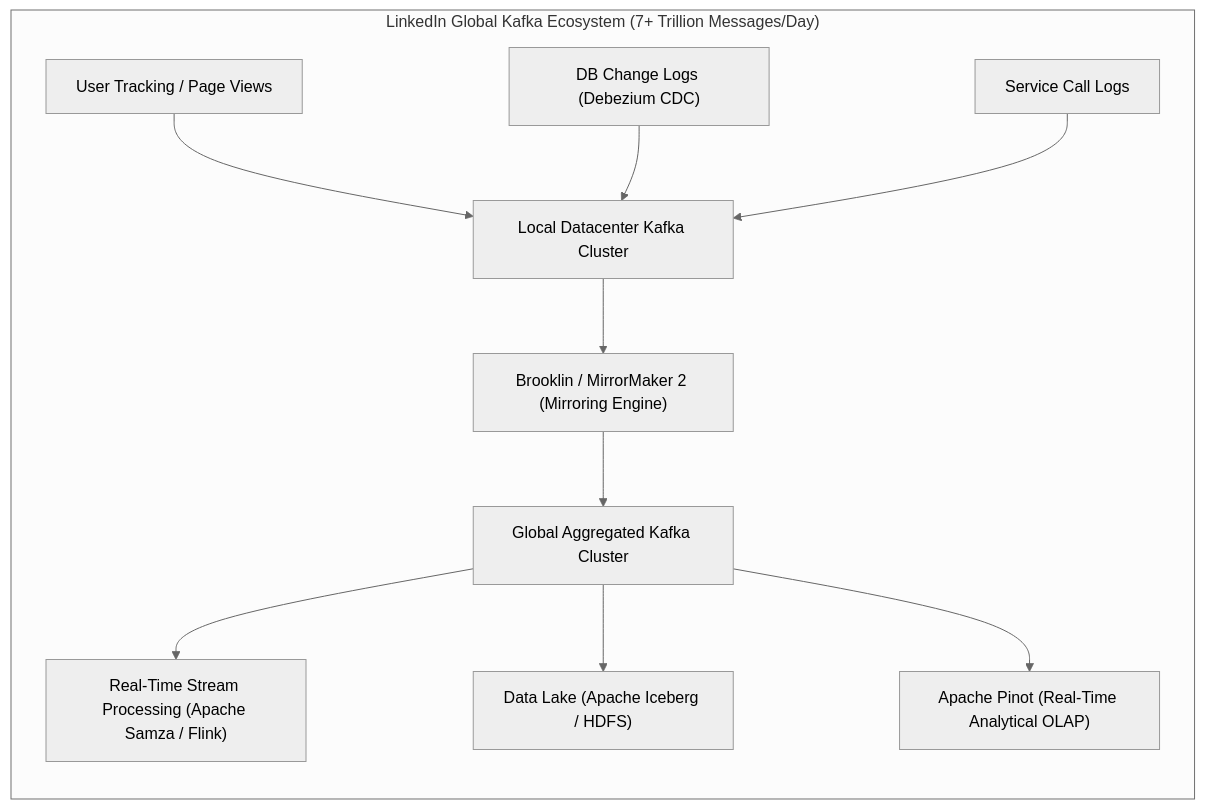
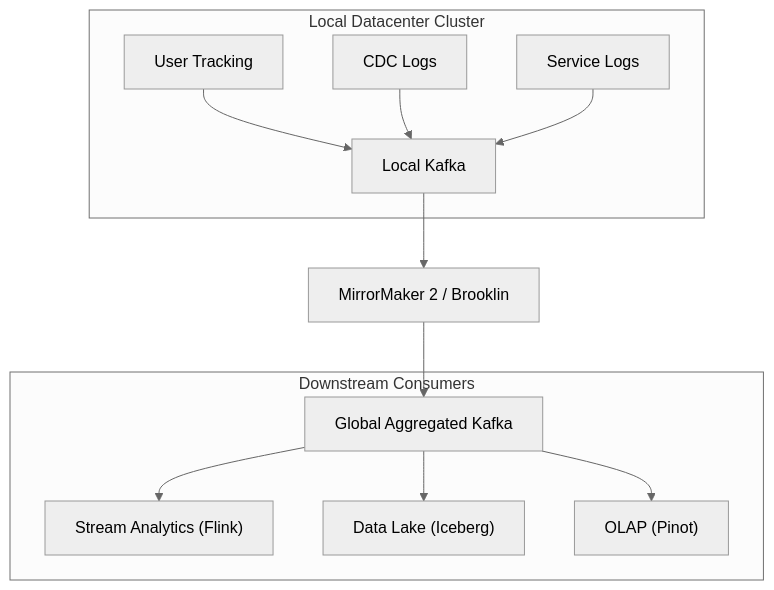
The diagram in strivers-hld/08-Messaging-and-Event-Driven-Systems/case-study.md (Sourav108/strivers-lld), drawn with Mermaid (neutral theme) before and after one commit. The commit also changed 39 other files, not shown here.

Commit message:
fix(mermaid): wrap node labels, simplify diamonds, and reformat wide diagrams for perfect GitHub rendering

````diff
--- a/strivers-hld/08-Messaging-and-Event-Driven-Systems/case-study.md
+++ b/strivers-hld/08-Messaging-and-Event-Driven-Systems/case-study.md
@@ -7,15 +7,17 @@
 ```mermaid
-flowchart LR
-    subgraph LinkedInScale["LinkedIn Global Kafka Ecosystem (7+ Trillion Messages/Day)"]
-        Activity["User Tracking / Page Views"] --> LocalKafka["Local Datacenter Kafka Cluster"]
-        DBMetrics["DB Change Logs (Debezium CDC)"] --> LocalKafka
-        ServiceMetrics["Service Call Logs"] --> LocalKafka
+flowchart TD
+    subgraph LocalDC["Local Datacenter Cluster"]
+        Activity["User Tracking"] --> LocalKafka["Local Kafka"]
+        DBMetrics["CDC Logs"] --> LocalKafka
+        ServiceMetrics["Service Logs"] --> LocalKafka
+    end
 
-        LocalKafka --> Brooklin["Brooklin / MirrorMaker 2 (Mirroring Engine)"]
-        Brooklin --> GlobalKafka["Global Aggregated Kafka Cluster"]
+    LocalKafka --> Brooklin["MirrorMaker 2 / Brooklin"]
+    Brooklin --> GlobalKafka["Global Aggregated Kafka"]
 
-        GlobalKafka --> RealTime["Real-Time Stream Processing (Apache Samza / Flink)"]
-        GlobalKafka --> Hadoop["Data Lake (Apache Iceberg / HDFS)"]
-        GlobalKafka --> Pinot["Apache Pinot (Real-Time Analytical OLAP)"]
+    subgraph Sinks["Downstream Consumers"]
+        GlobalKafka --> RealTime["Stream Analytics (Flink)"]
+        GlobalKafka --> Hadoop["Data Lake (Iceberg)"]
+        GlobalKafka --> Pinot["OLAP (Pinot)"]
     end
 ```
````
